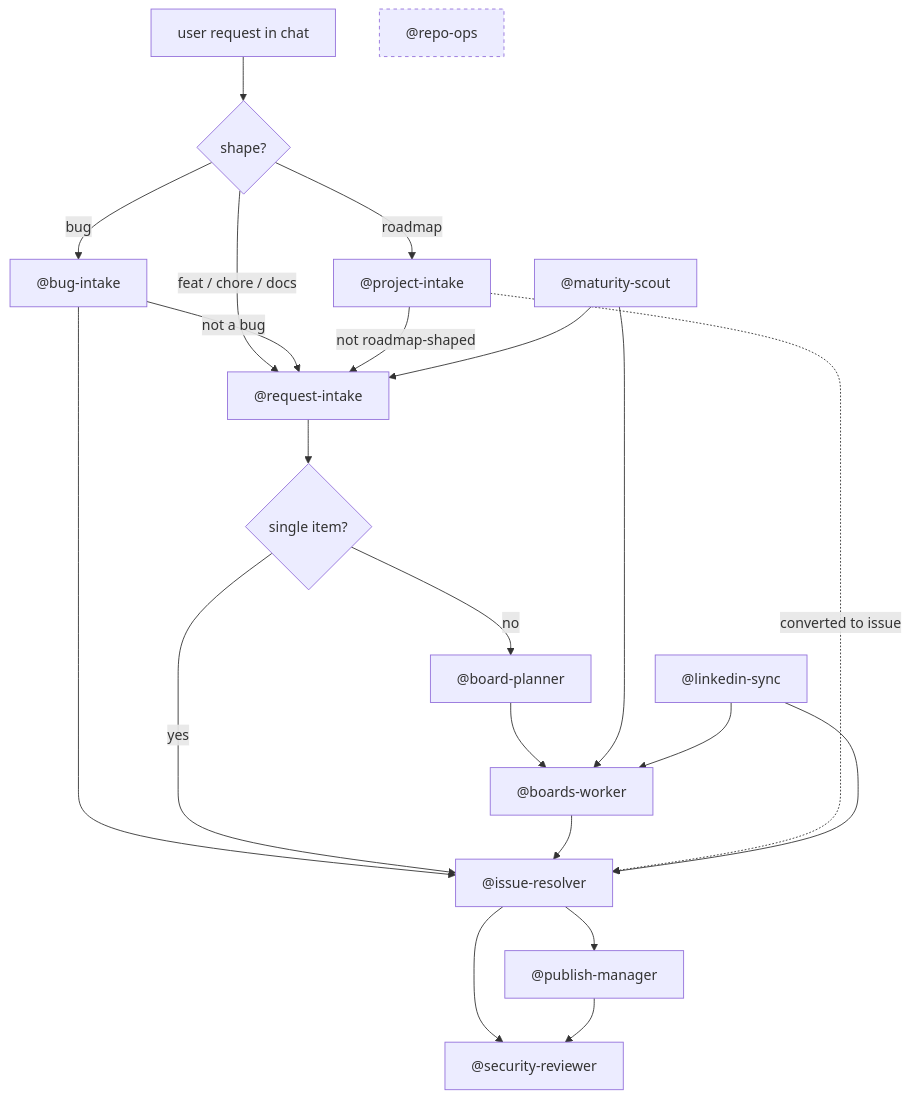
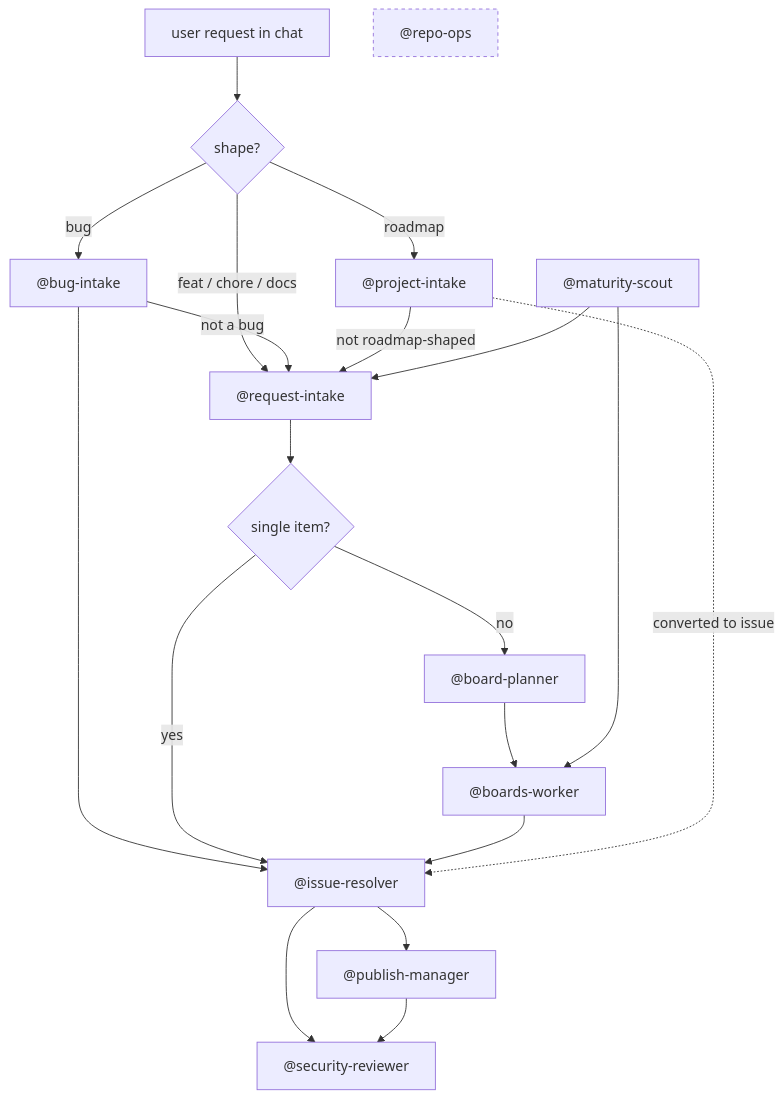
One commit to marcusjacobson/portfolio changed the diagram in wiki/Agents.md. Above: the diagram before and after it, drawn with Mermaid. The commit also changed other lines of this file and 9 other files, not shown here.

First line of the commit message:
chore: retire linkedin-sync agent and board (#237)

````diff
--- a/wiki/Agents.md
+++ b/wiki/Agents.md
@@ -36,34 +35,31 @@
 ```mermaid
 flowchart TD
     user[user request in chat]
     user --> intake{shape?}
 
     intake -- bug --> bug["@bug-intake"]
     intake -- roadmap --> proj["@project-intake"]
     intake -- feat / chore / docs --> req["@request-intake"]
 
     bug -- not a bug --> req
     proj -- not roadmap-shaped --> req
 
     bug --> resolver
     req --> single{single item?}
     single -- yes --> resolver["@issue-resolver"]
     single -- no --> planner["@board-planner"]
     planner --> worker["@boards-worker"]
     worker --> resolver
 
     proj -. converted to issue .-> resolver
 
     resolver --> review["@security-reviewer"]
     resolver --> publish["@publish-manager"]
     publish --> review
 
     scout["@maturity-scout"] --> req
     scout --> worker
 
-    linkedin["@linkedin-sync"] --> resolver
-    linkedin --> worker
-
     ops["@repo-ops"]:::side
     classDef side stroke-dasharray: 4 4
 ```
````
